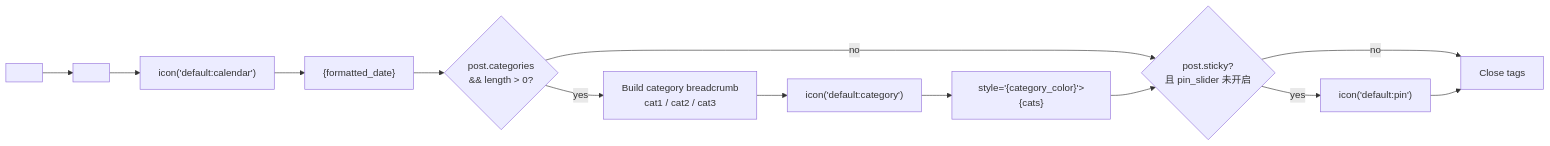
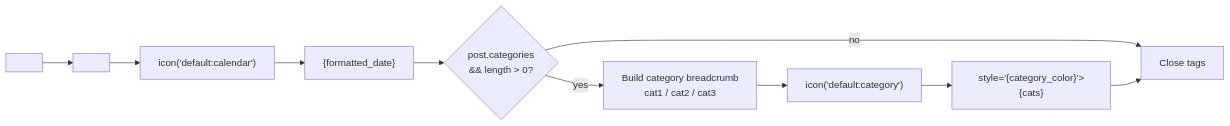
One commit to penndu/hexo changed the seventh of 9 diagrams in themes/stellar/docs/knowledge/03-内容系统/post-lists-cards.md. Above: the diagram before and after it, drawn with Mermaid. The commit also changed other lines of this file and 61 other files, not shown here.

````diff
--- a/themes/stellar/docs/knowledge/03-内容系统/post-lists-cards.md
+++ b/themes/stellar/docs/knowledge/03-内容系统/post-lists-cards.md
@@ -385,31 +385,24 @@
 ```mermaid
 graph LR
     MetaContainer["<div class='meta cap'>"]
     SpanWrap["<span class='cap' id='post-meta'>"]
     
     DateIcon["icon('default:calendar')"]
     TimeElement["<time datetime='{date_xml(post.date)}'>{formatted_date}</time>"]
     
     CheckCat{"post.categories<br/>&& length > 0?"}
     BuildCats["Build category breadcrumb<br/>cat1 / cat2 / cat3"]
     CatIcon["icon('default:category')"]
     CatSpan["<span class='breadcrumb'<br/>style='{category_color}'>{cats}</span>"]
     
-    CheckSticky{"post.sticky?<br/>且 pin_slider 未开启"}
-    PinIcon["<span class='pin'>icon('default:pin')</span>"]
-    
     MetaContainer --> SpanWrap
     SpanWrap --> DateIcon
     DateIcon --> TimeElement
     TimeElement --> CheckCat
     
     CheckCat -->|"yes"| BuildCats
-    CheckCat -->|"no"| CheckSticky
+    CheckCat -->|"no"| End["Close tags"]
     BuildCats --> CatIcon
     CatIcon --> CatSpan
-    CatSpan --> CheckSticky
-    
-    CheckSticky -->|"yes"| PinIcon
-    CheckSticky -->|"no"| End["Close tags"]
-    PinIcon --> End
+    CatSpan --> End
 ```
````
